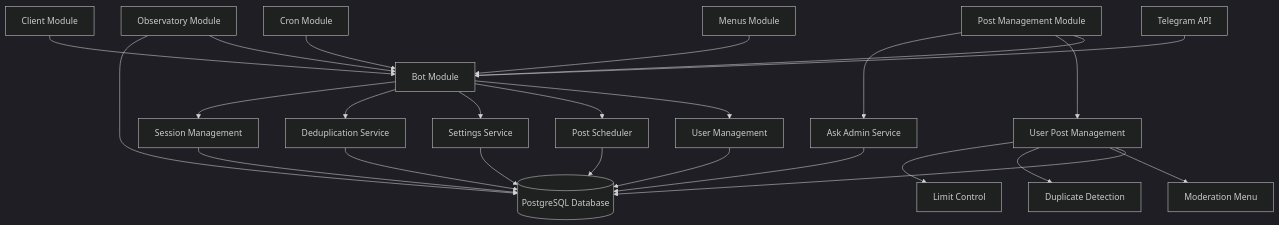
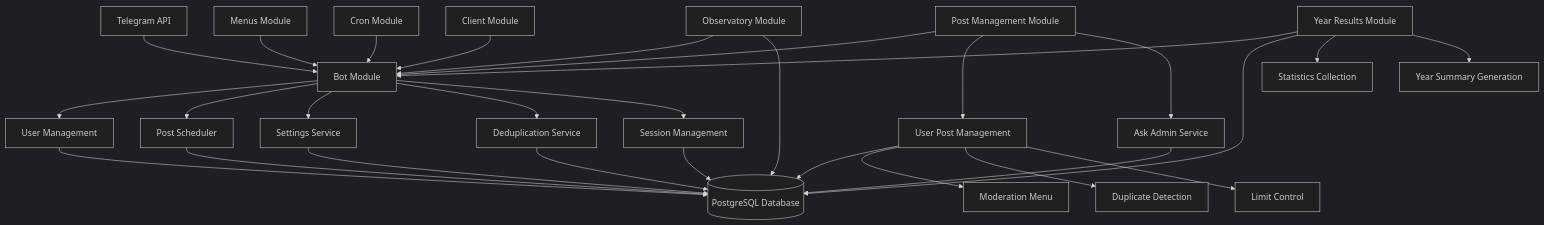
Before and after one commit to semirov/tg-bot: the first of 2 diagrams in README.md, drawn with Mermaid (dark theme). The commit also changed other lines of this file and 11 other files, not shown here.

````diff
--- a/README.md
+++ b/README.md
@@ -68,31 +75,35 @@
 ```mermaid
 graph TD
     A[Telegram API] --> B[Bot Module]
     B --> C[User Management]
     B --> D[Post Scheduler]
     B --> E[Settings Service]
     B --> F[Deduplication Service]
     B --> G[Session Management]
     
     H[Post Management Module] --> B
     H --> I[User Post Management]
     H --> J[Ask Admin Service]
     
     K[Menus Module] --> B
     L[Observatory Module] --> B
     M[Cron Module] --> B
     N[Client Module] --> B
+    O[Year Results Module] --> B
     
-    C --> O[(PostgreSQL Database)]
-    D --> O
-    E --> O
-    F --> O
-    G --> O
-    I --> O
-    J --> O
-    L --> O
+    C --> P[(PostgreSQL Database)]
+    D --> P
+    E --> P
+    F --> P
+    G --> P
+    I --> P
+    J --> P
+    L --> P
+    O --> P
     
-    I --> P[Moderation Menu]
-    I --> Q[Duplicate Detection]
-    I --> R[Limit Control]
+    I --> Q[Moderation Menu]
+    I --> R[Duplicate Detection]
+    I --> S[Limit Control]
+    O --> T[Statistics Collection]
+    O --> U[Year Summary Generation]
 ```
````
